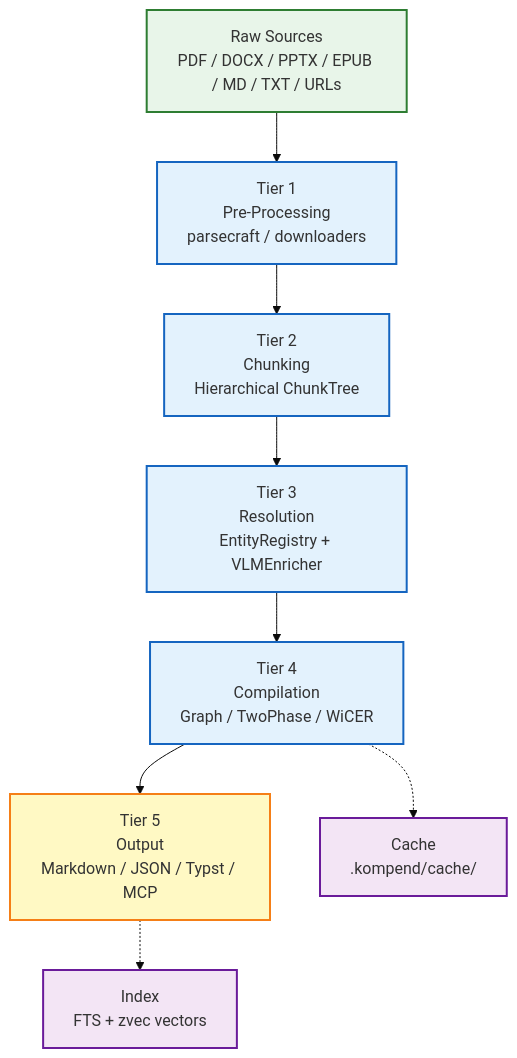
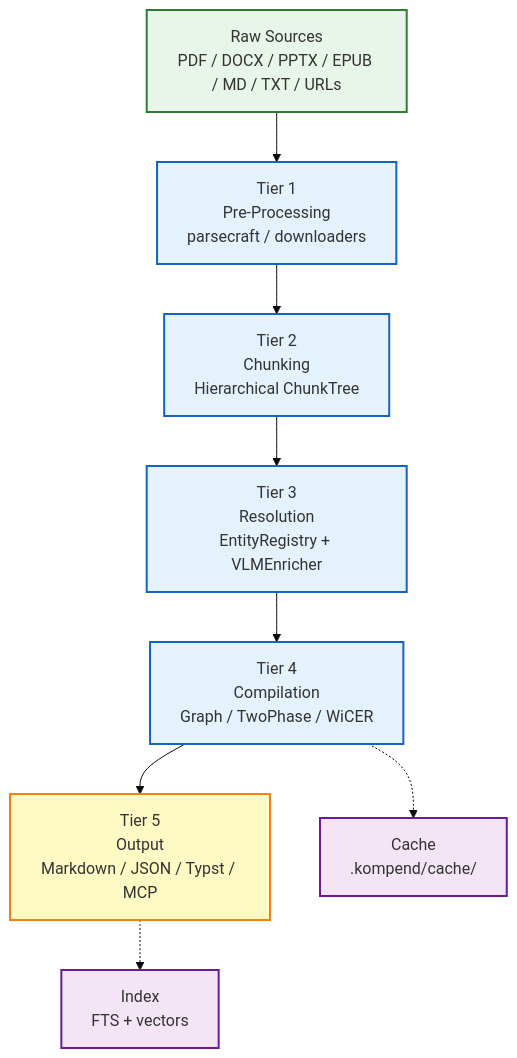
One commit to jr2804/kompend changed the diagram in docs/architecture/index.md. Above: the diagram before and after it, drawn with Mermaid (base theme). The commit also changed other lines of this file and 64 other files, not shown here.

````diff
--- a/docs/architecture/index.md
+++ b/docs/architecture/index.md
@@ -9,29 +9,29 @@
 ```mermaid
 flowchart TD
     classDef source fill:#e8f5e9,stroke:#2e7d32,stroke-width:2px
     classDef process fill:#e3f2fd,stroke:#1565c0,stroke-width:2px
     classDef output fill:#fff9c4,stroke:#f57f17,stroke-width:2px
     classDef storage fill:#f3e5f5,stroke:#6a1b9a,stroke-width:2px
 
     SRC[Raw Sources<br/>PDF / DOCX / PPTX / EPUB / MD / TXT / URLs]
     T1[Tier 1<br/>Pre-Processing<br/>parsecraft / downloaders]
     T2[Tier 2<br/>Chunking<br/>Hierarchical ChunkTree]
     T3[Tier 3<br/>Resolution<br/>EntityRegistry + VLMEnricher]
     T4[Tier 4<br/>Compilation<br/>Graph / TwoPhase / WiCER]
     T5[Tier 5<br/>Output<br/>Markdown / JSON / Typst / MCP]
     CACHE[Cache<br/>.kompend/cache/]
-    IDX[Index<br/>FTS + zvec vectors]
+    IDX[Index<br/>FTS + vectors]
 
     SRC --> T1
     T1 --> T2
     T2 --> T3
     T3 --> T4
     T4 --> T5
     T4 -.-> CACHE
     T5 -.-> IDX
 
     class SRC source
     class T1,T2,T3,T4,T5 process
     class T5 output
     class CACHE,IDX storage
 ```
````
